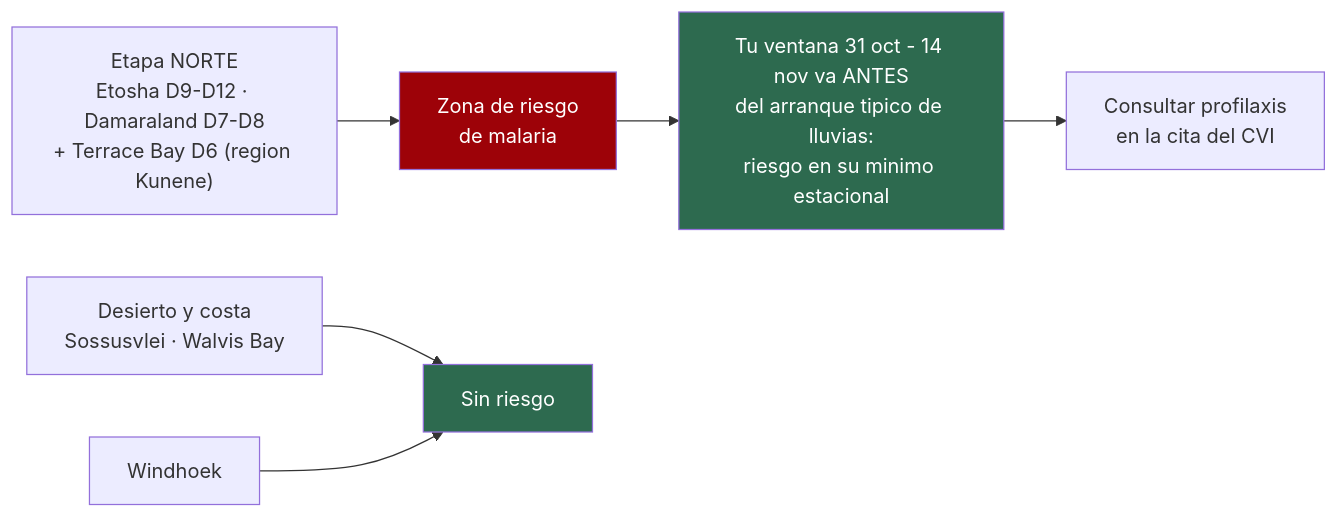
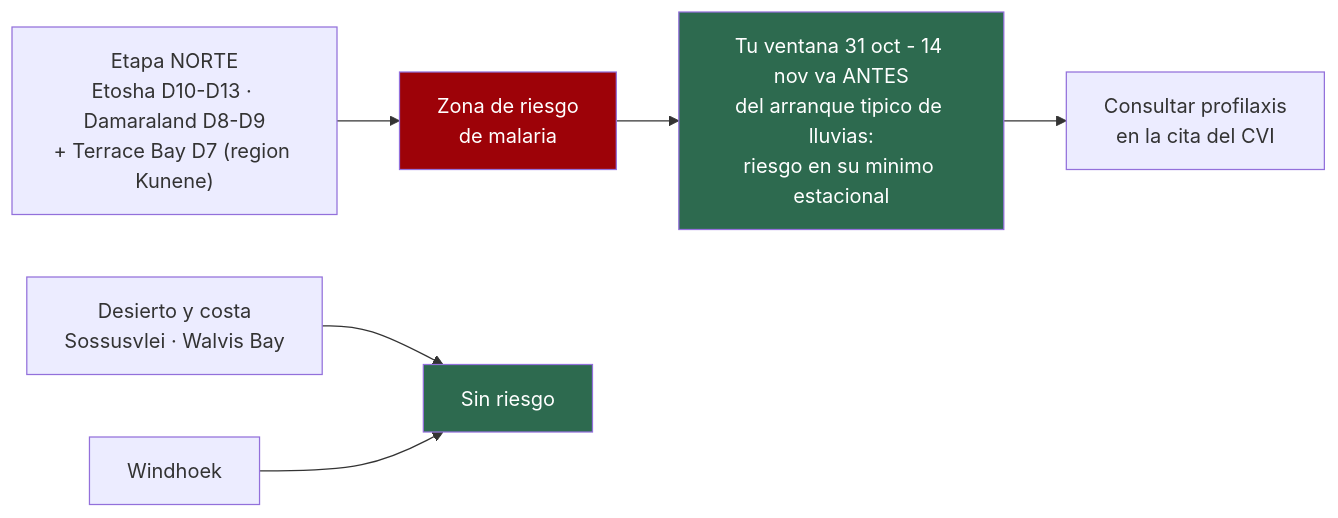
The first of 5 diagrams in 04-guia-preparacion.md (morandeirachema/namibia), drawn with Mermaid before and after one commit. The commit also changed other lines of this file and 54 other files, not shown here.

````diff
--- a/04-guia-preparacion.md
+++ b/04-guia-preparacion.md
@@ -26,11 +26,11 @@
 ```mermaid
 flowchart LR
-    N["Etapa NORTE<br/>Etosha D9-D12 · Damaraland D7-D8<br/>+ Terrace Bay D6 (region Kunene)"] --> R["Zona de riesgo<br/>de malaria"]
+    N["Etapa NORTE<br/>Etosha D10-D13 · Damaraland D8-D9<br/>+ Terrace Bay D7 (region Kunene)"] --> R["Zona de riesgo<br/>de malaria"]
     S["Desierto y costa<br/>Sossusvlei · Walvis Bay"] --> NR["Sin riesgo"]
     W["Windhoek"] --> NR
     R --> T["Tu ventana 31 oct - 14 nov va ANTES<br/>del arranque tipico de lluvias:<br/>riesgo en su minimo estacional"]
     T --> P["Consultar profilaxis<br/>en la cita del CVI"]
     style R fill:#9d0208,color:#fff
     style NR fill:#2d6a4f,color:#fff
     style T fill:#2d6a4f,color:#fff
 ```
````
